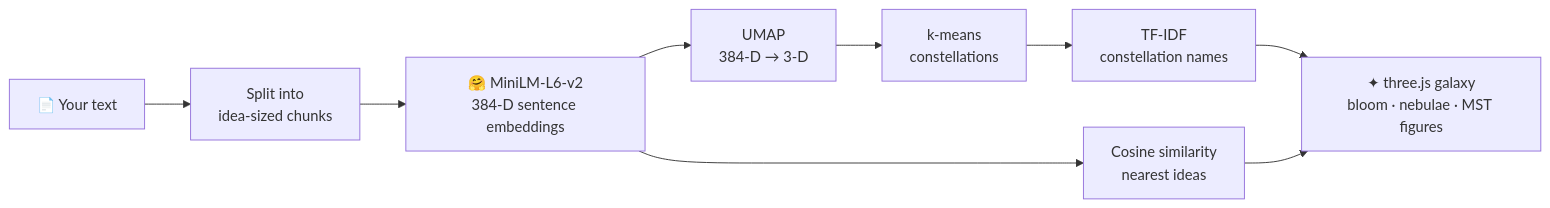
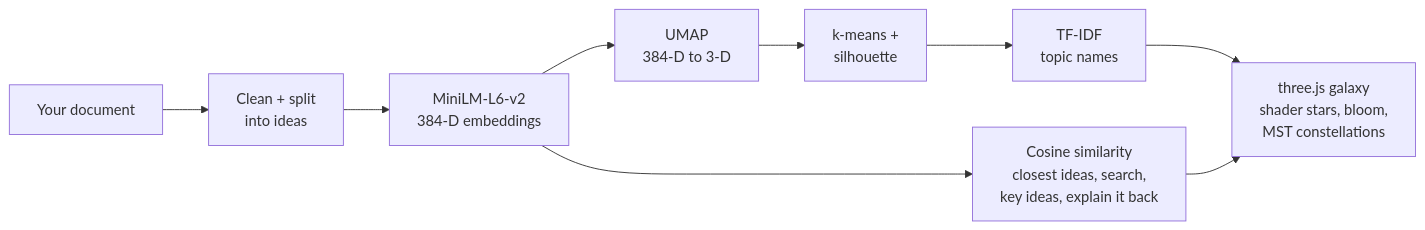
Before and after one commit to Prafyl/constellate: the diagram in README.md, drawn with Mermaid. The commit also changed other lines of this file, not shown here.

````diff
--- a/README.md
+++ b/README.md
@@ -62,10 +97,10 @@
 ```mermaid
 flowchart LR
-  A[📄 Your text] --> B[Split into<br/>idea-sized chunks]
-  B --> C[🤗 MiniLM-L6-v2<br/>384-D sentence embeddings]
-  C --> D[UMAP<br/>384-D → 3-D]
-  D --> E[k-means<br/>constellations]
-  E --> F[TF-IDF<br/>constellation names]
-  C --> G[Cosine similarity<br/>nearest ideas]
-  F & G --> H[✦ three.js galaxy<br/>bloom · nebulae · MST figures]
+  A[Your document] --> B[Clean + split<br/>into ideas]
+  B --> C[MiniLM-L6-v2<br/>384-D embeddings]
+  C --> D[UMAP<br/>384-D to 3-D]
+  D --> E[k-means +<br/>silhouette]
+  E --> F[TF-IDF<br/>topic names]
+  C --> G[Cosine similarity<br/>closest ideas, search,<br/>key ideas, explain it back]
+  F & G --> H[three.js galaxy<br/>shader stars, bloom,<br/>MST constellations]
 ```
````
